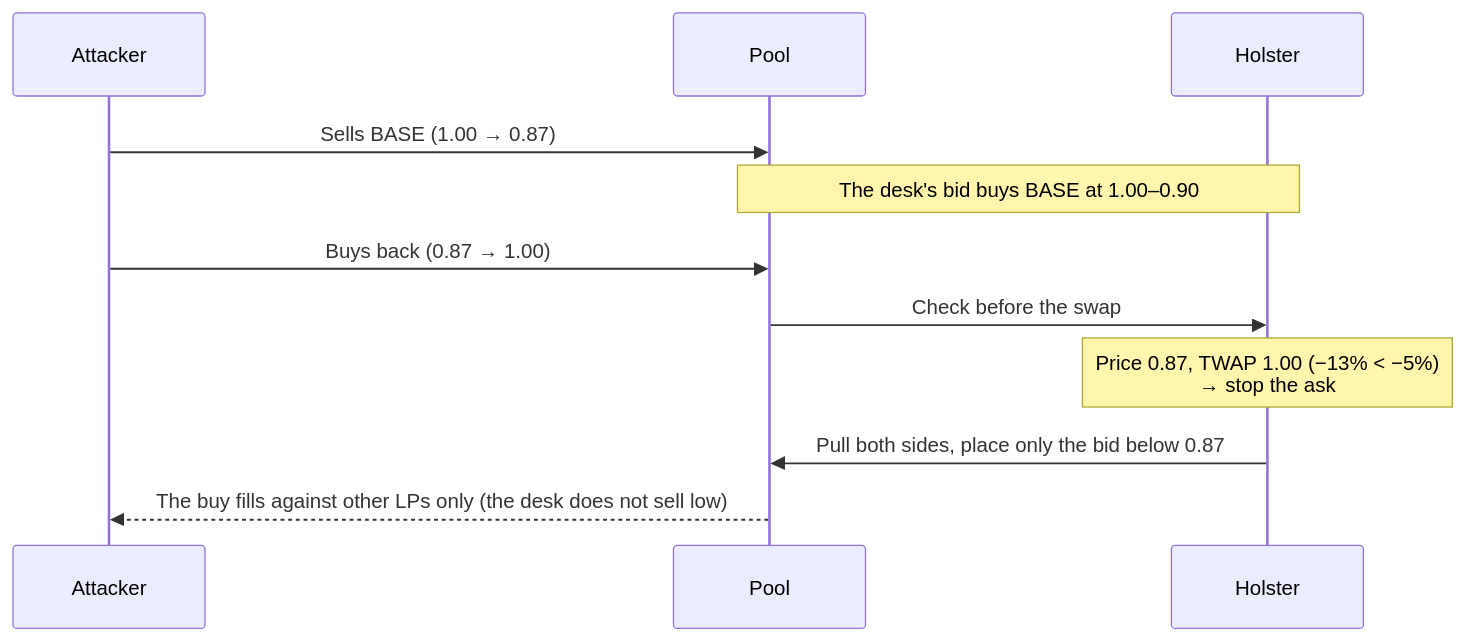
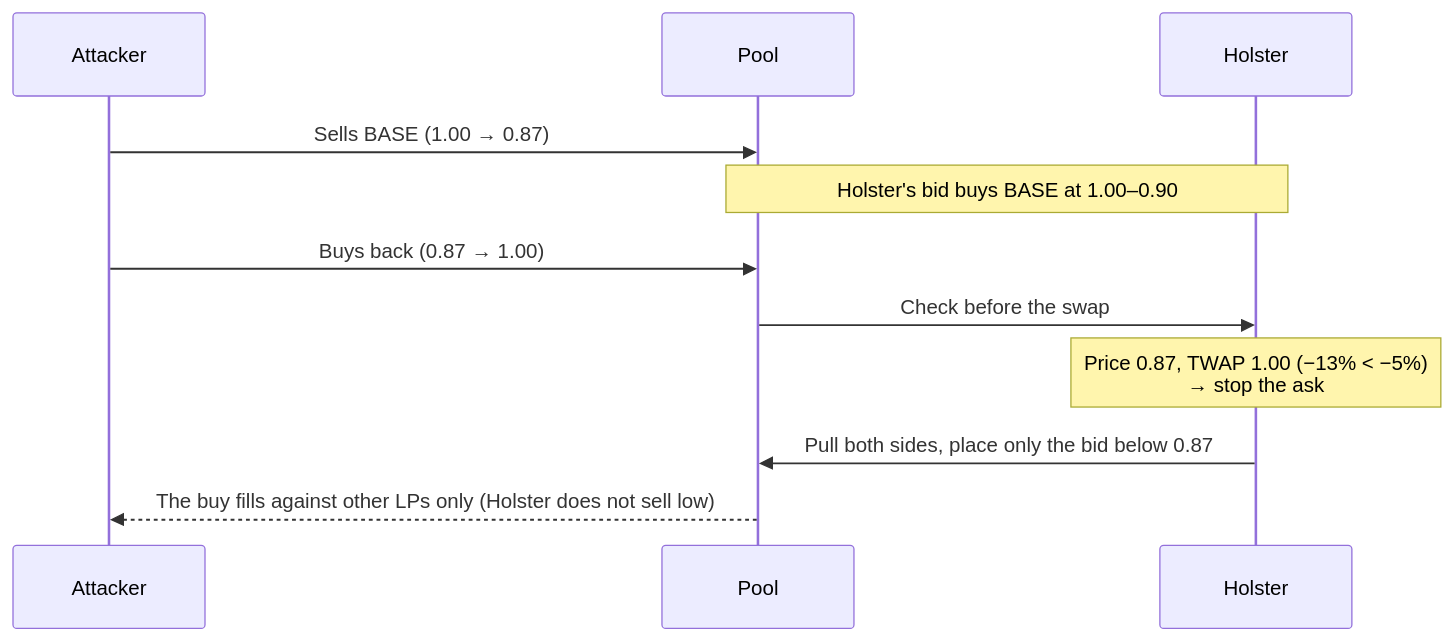
One commit to yuta-mine/holster changed the second of 2 diagrams in README.md. Above: the diagram before and after it, drawn with Mermaid. The commit also changed other lines of this file and 2 other files, not shown here.

````diff
--- a/README.md
+++ b/README.md
@@ -69,13 +71,13 @@
 ```mermaid
 sequenceDiagram
     participant A as Attacker
     participant P as Pool
     participant H as Holster
     A->>P: Sells BASE (1.00 → 0.87)
-    Note over P,H: The desk's bid buys BASE at 1.00–0.90
+    Note over P,H: Holster's bid buys BASE at 1.00–0.90
     A->>P: Buys back (0.87 → 1.00)
     P->>H: Check before the swap
     Note over H: Price 0.87, TWAP 1.00 (−13% < −5%)<br/>→ stop the ask
     H->>P: Pull both sides, place only the bid below 0.87
-    P-->>A: The buy fills against other LPs only (the desk does not sell low)
+    P-->>A: The buy fills against other LPs only (Holster does not sell low)
 ```
````
